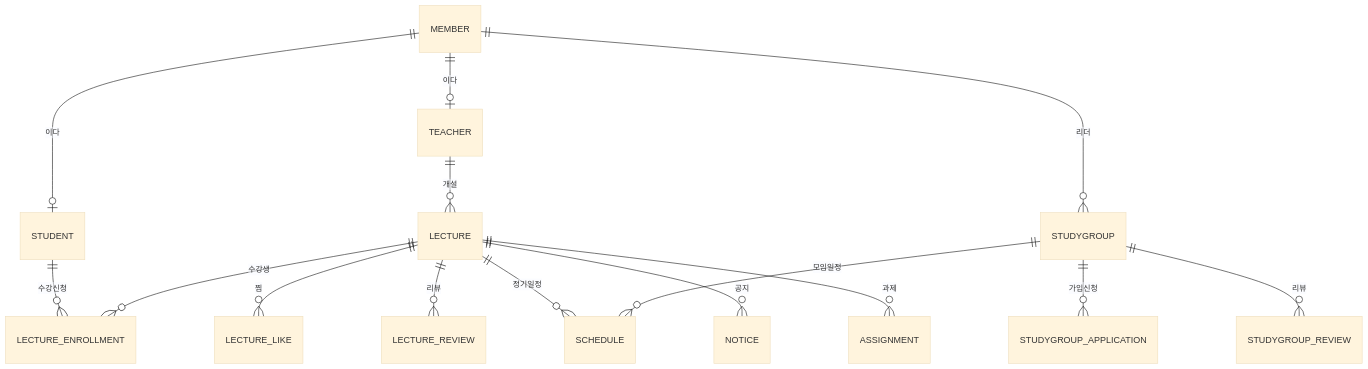
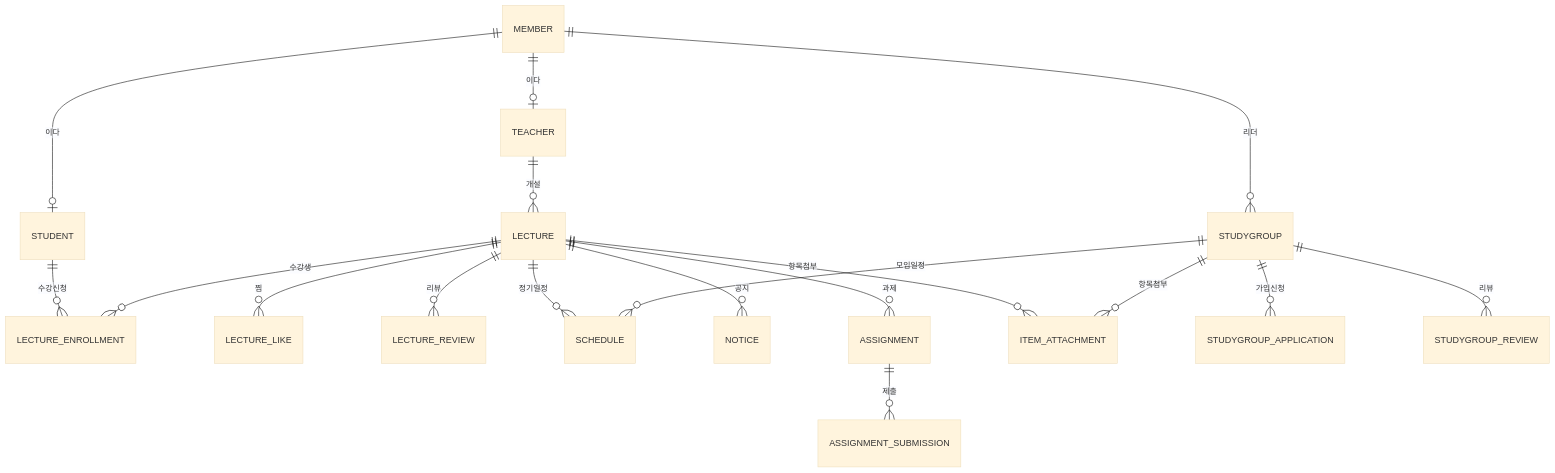
Before and after one commit to 2024-Database-Programming/edu-manager: the diagram in README.md, drawn with Mermaid (base theme). The commit also changed other lines of this file, not shown here.

Commit message:
docs: DB 적용과 시연 플로우 정리

````diff
--- a/README.md
+++ b/README.md
@@ -201,17 +213,20 @@
 ```mermaid
 erDiagram
     MEMBER ||--o| STUDENT : "이다"
     MEMBER ||--o| TEACHER : "이다"
     TEACHER ||--o{ LECTURE : "개설"
     MEMBER  ||--o{ STUDYGROUP : "리더"
     STUDENT ||--o{ LECTURE_ENROLLMENT : "수강신청"
     LECTURE ||--o{ LECTURE_ENROLLMENT : "수강생"
     LECTURE ||--o{ LECTURE_LIKE : "찜"
     LECTURE ||--o{ LECTURE_REVIEW : "리뷰"
     LECTURE ||--o{ SCHEDULE : "정기일정"
     LECTURE ||--o{ NOTICE : "공지"
     LECTURE ||--o{ ASSIGNMENT : "과제"
+    LECTURE ||--o{ ITEM_ATTACHMENT : "항목첨부"
     STUDYGROUP ||--o{ STUDYGROUP_APPLICATION : "가입신청"
     STUDYGROUP ||--o{ STUDYGROUP_REVIEW : "리뷰"
     STUDYGROUP ||--o{ SCHEDULE : "모임일정"
+    STUDYGROUP ||--o{ ITEM_ATTACHMENT : "항목첨부"
+    ASSIGNMENT ||--o{ ASSIGNMENT_SUBMISSION : "제출"
 ```
````
